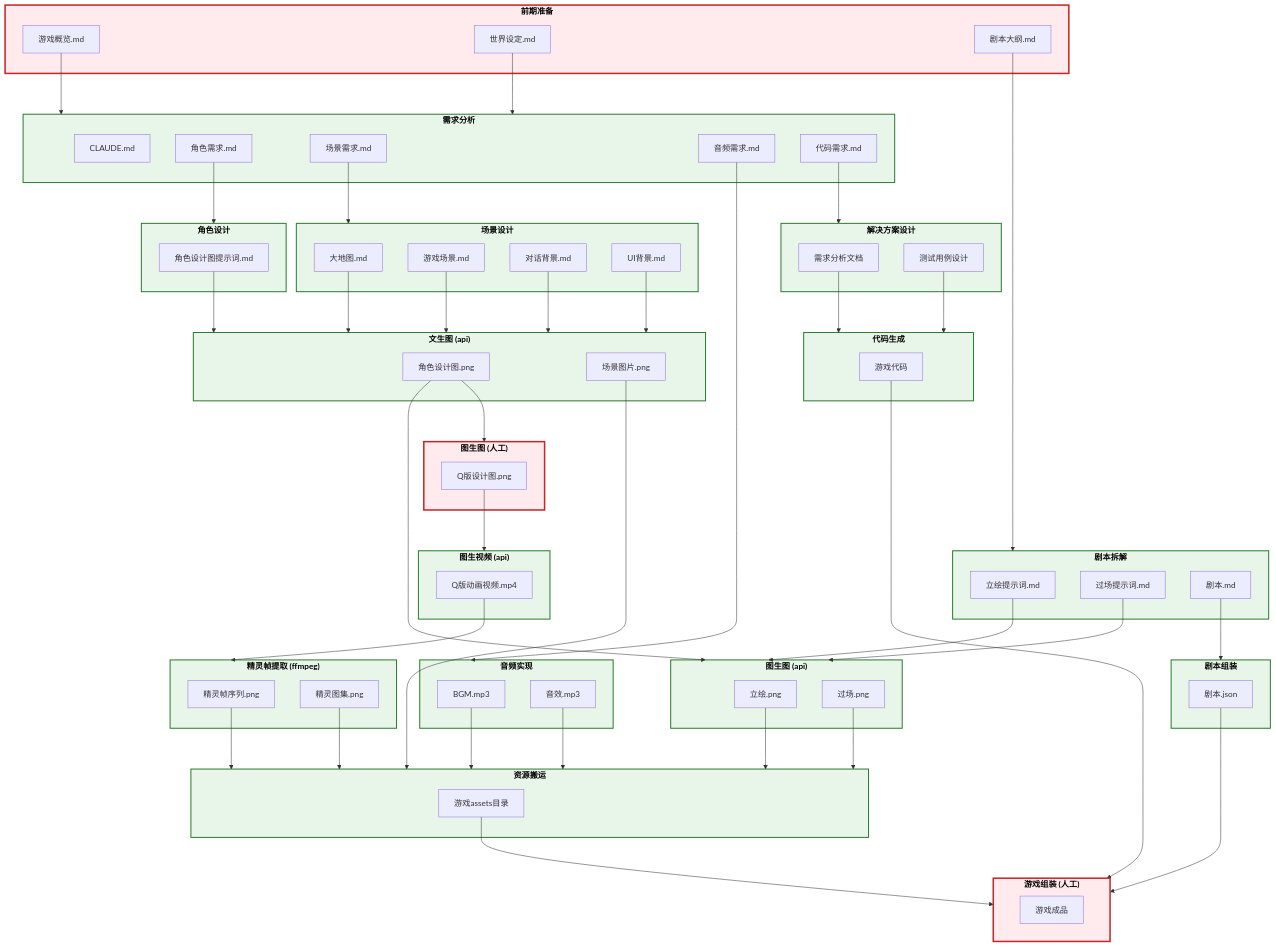
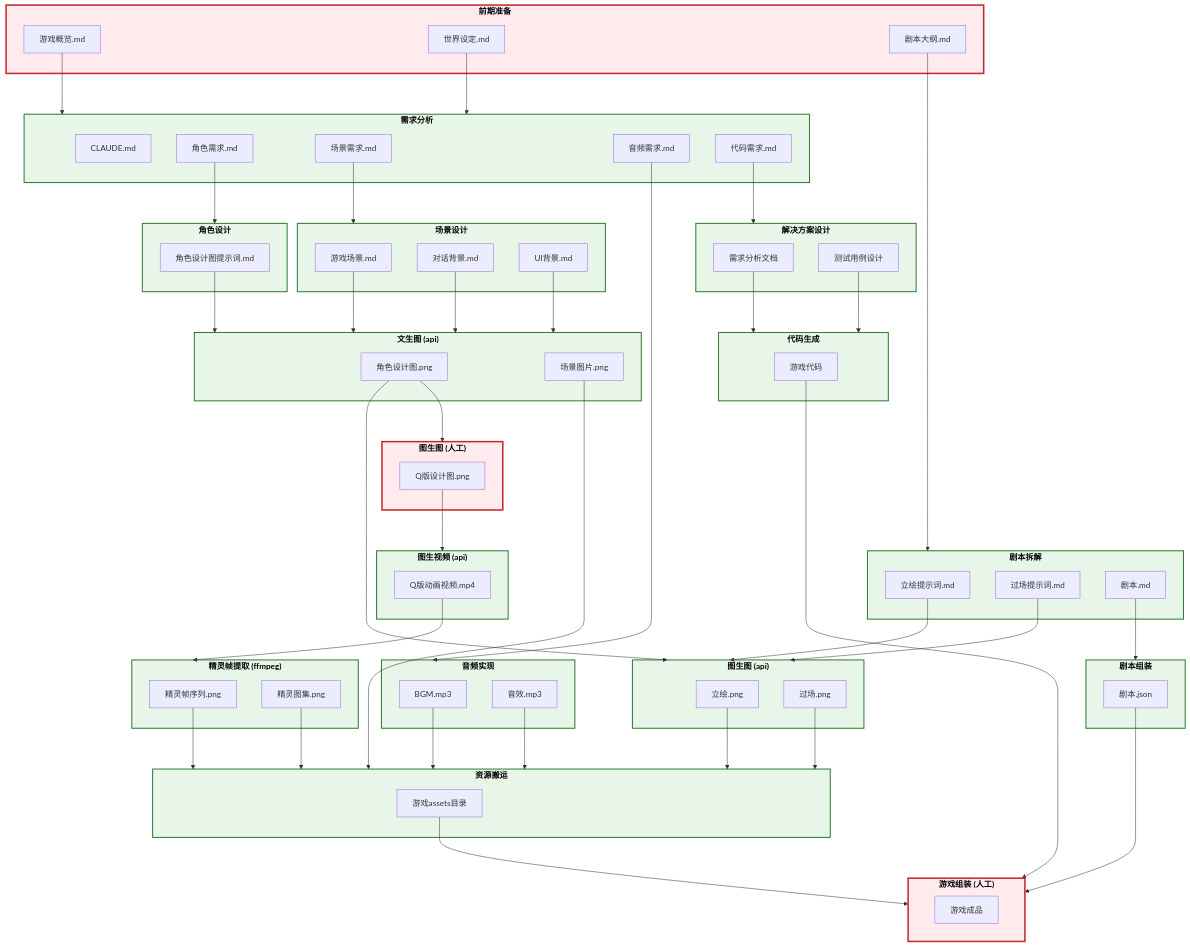
The diagram in README.md (CrazyJinn/AllCopper), drawn with Mermaid before and after one commit. The commit also changed other lines of this file and 82 other files, not shown here.

```diff
--- a/README.md
+++ b/README.md
@@ -33,7 +33,6 @@
 
     %% ========== 场景设计 ==========
     subgraph 场景设计["<b>场景设计</b>"]
-        S4O1[大地图.md]
         S4O2[游戏场景.md]
         S4O3[对话背景.md]
         S4O4[UI背景.md]
@@ -108,7 +107,7 @@
     S1O5 --> 解决方案设计
 
     S2O1 & S2O2 & S7O1 --> 图生图api
-    S3O1 & S4O1 & S4O2 & S4O3 & S4O4 --> 文生图api
+    S3O1 & S4O2 & S4O3 & S4O4 --> 文生图api
 
     S7O1 --> 图生图人工
 
```
